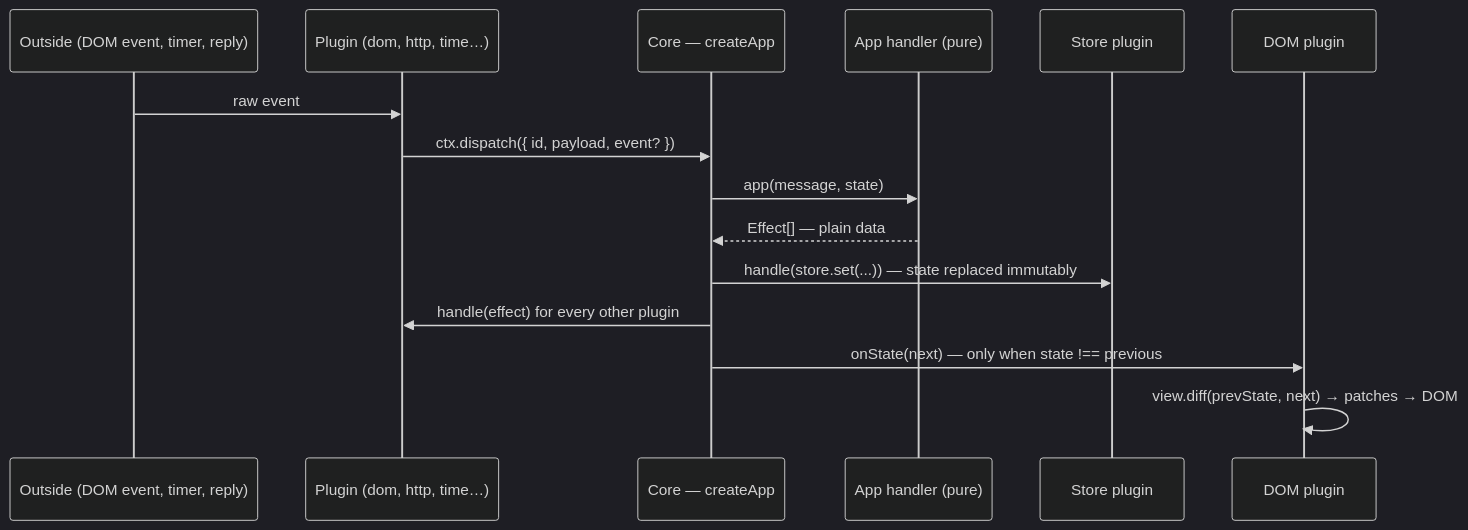
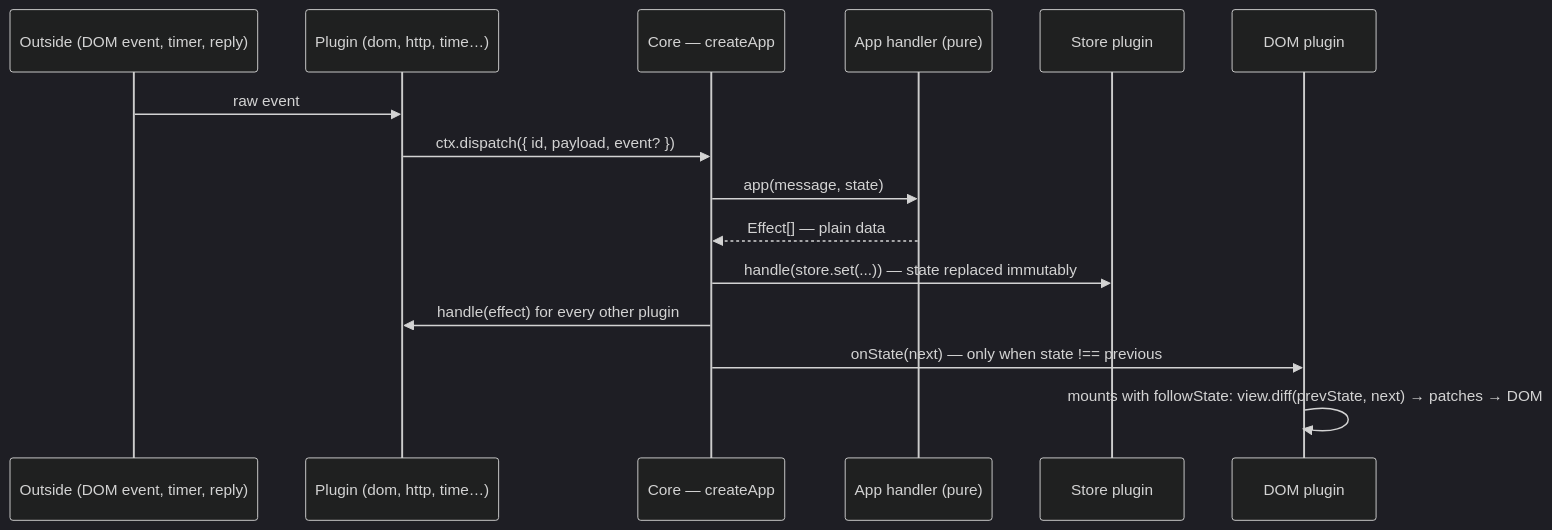
Before and after one commit to rysev-a/pavlus: the second of 4 diagrams in framework/docs/architecture.md, drawn with Mermaid (dark theme). The commit also changed other lines of this file and 15 other files, not shown here.

First line of the commit message:
framework: the dom does not follow the state

````diff
--- a/framework/docs/architecture.md
+++ b/framework/docs/architecture.md
@@ -105,18 +107,18 @@
 ```mermaid
 sequenceDiagram
     participant Src as Outside (DOM event, timer, reply)
     participant P as Plugin (dom, http, time…)
     participant C as Core — createApp
     participant A as App handler (pure)
     participant S as Store plugin
     participant D as DOM plugin
 
     Src->>P: raw event
     P->>C: ctx.dispatch({ id, payload, event? })
     C->>A: app(message, state)
     A-->>C: Effect[] — plain data
     C->>S: handle(store.set(...)) — state replaced immutably
     C->>P: handle(effect) for every other plugin
     C->>D: onState(next) — only when state !== previous
-    D->>D: view.diff(prevState, next) → patches → DOM
+    D->>D: mounts with followState: view.diff(prevState, next) → patches → DOM
 ```
````
